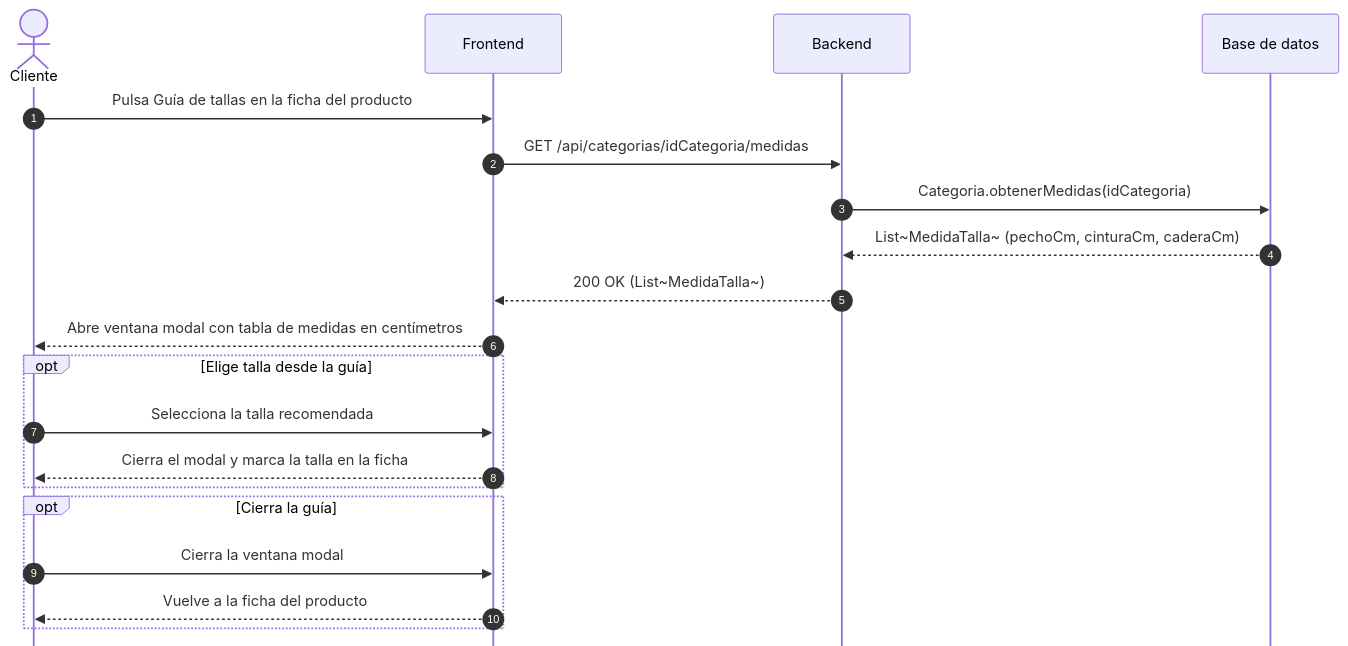
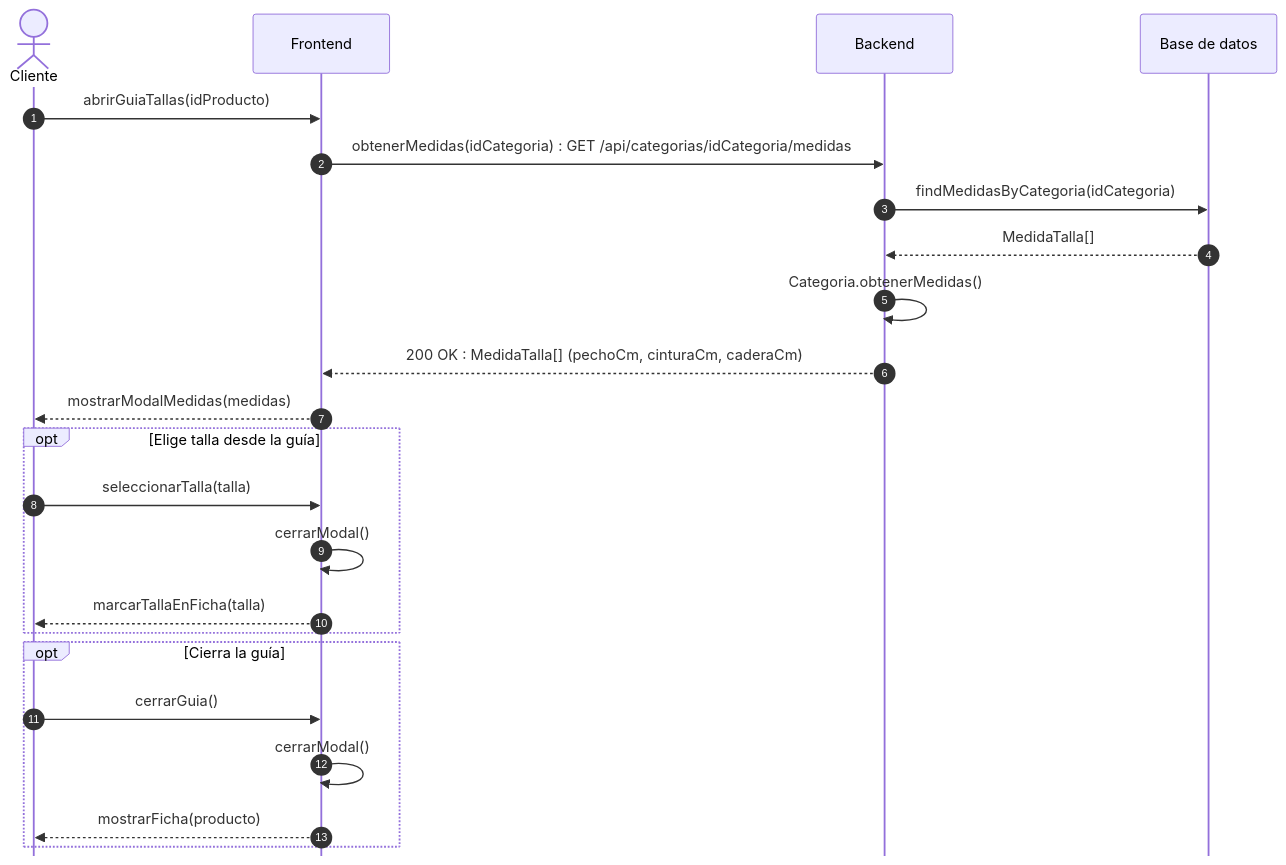
Before and after one commit to ajgarciarias10/PR3GPS: the diagram in Practica3_G11_LaTeX/codigo/sec_us10.mmd, drawn with Mermaid. The commit also changed 22 other files, not shown here.

First line of the commit message:
fix(bloque3): diagramas de secuencia con nombres de métodos en lugar de frases

```diff
--- a/Practica3_G11_LaTeX/codigo/sec_us10.mmd
+++ b/Practica3_G11_LaTeX/codigo/sec_us10.mmd
@@ -1,21 +1,24 @@
 %%{init: {'sequence': {'mirrorActors': false}}}%%
 sequenceDiagram
     autonumber
     actor U as Cliente
     participant FE as Frontend
     participant BE as Backend
     participant DB as Base de datos
-    U->>FE: Pulsa Guía de tallas en la ficha del producto
-    FE->>BE: GET /api/categorias/idCategoria/medidas
-    BE->>DB: Categoria.obtenerMedidas(idCategoria)
-    DB-->>BE: List~MedidaTalla~ (pechoCm, cinturaCm, caderaCm)
-    BE-->>FE: 200 OK (List~MedidaTalla~)
-    FE-->>U: Abre ventana modal con tabla de medidas en centímetros
+    U->>FE: abrirGuiaTallas(idProducto)
+    FE->>BE: obtenerMedidas(idCategoria) : GET /api/categorias/idCategoria/medidas
+    BE->>DB: findMedidasByCategoria(idCategoria)
+    DB-->>BE: MedidaTalla[]
+    BE->>BE: Categoria.obtenerMedidas()
+    BE-->>FE: 200 OK : MedidaTalla[] (pechoCm, cinturaCm, caderaCm)
+    FE-->>U: mostrarModalMedidas(medidas)
     opt Elige talla desde la guía
-        U->>FE: Selecciona la talla recomendada
-        FE-->>U: Cierra el modal y marca la talla en la ficha
+        U->>FE: seleccionarTalla(talla)
+        FE->>FE: cerrarModal()
+        FE-->>U: marcarTallaEnFicha(talla)
     end
     opt Cierra la guía
-        U->>FE: Cierra la ventana modal
-        FE-->>U: Vuelve a la ficha del producto
+        U->>FE: cerrarGuia()
+        FE->>FE: cerrarModal()
+        FE-->>U: mostrarFicha(producto)
     end
```
